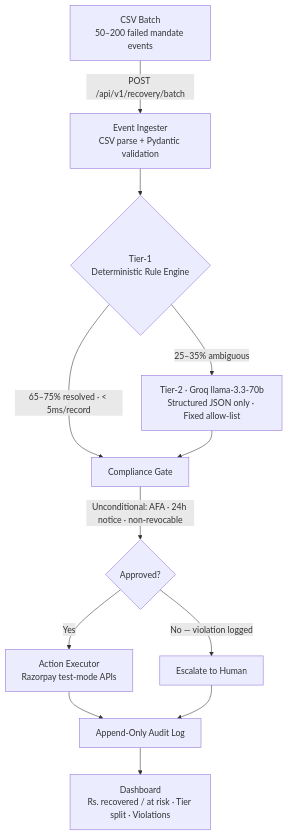
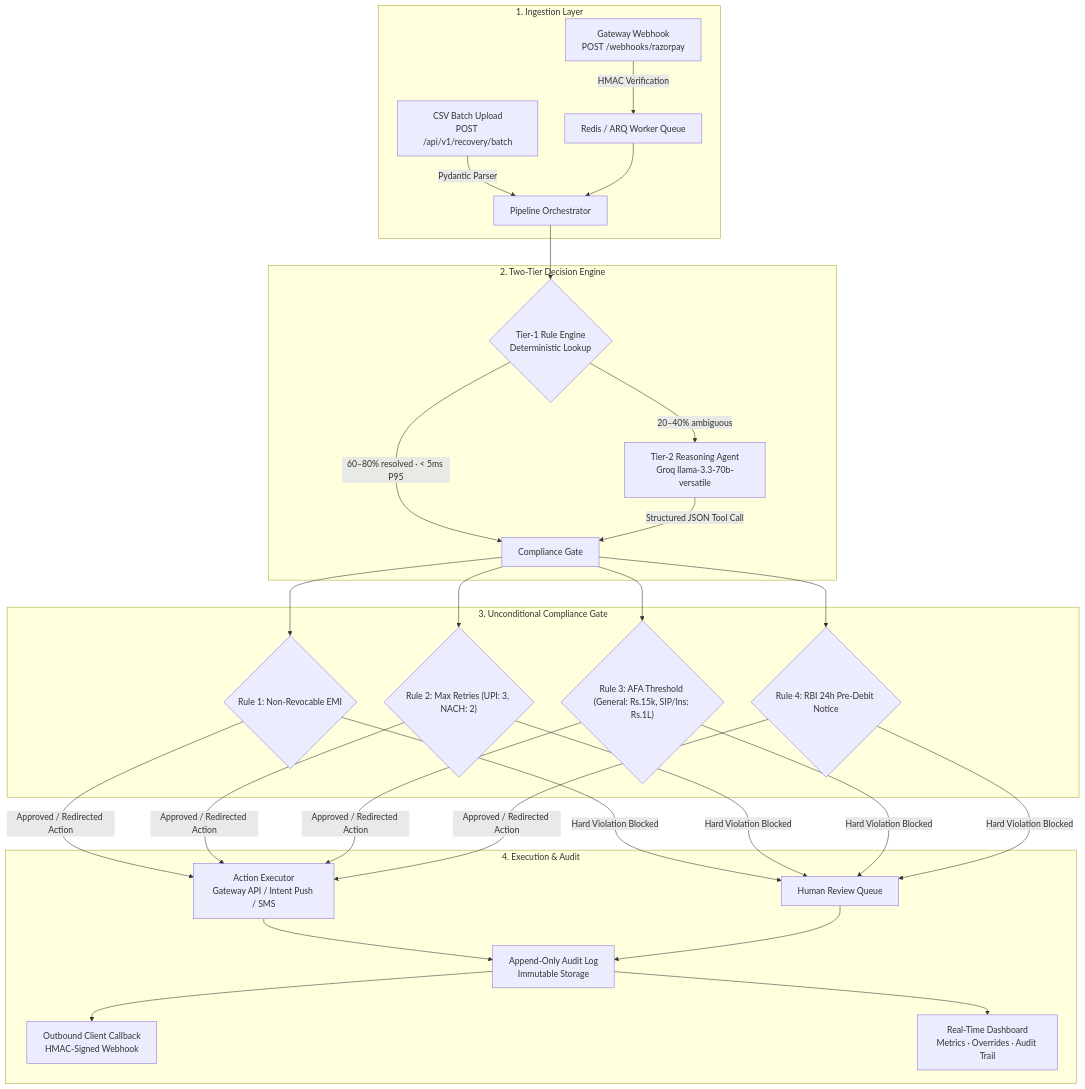
Before and after one commit to AdityaWagh19/Aegis: the first of 2 diagrams in README.md, drawn with Mermaid. The commit also changed other lines of this file, not shown here.

Commit message:
docs: update README with comprehensive Sidecar architecture, compliance gate, and API specifications

````diff
--- a/README.md
+++ b/README.md
@@ -13,14 +17,31 @@
 ```mermaid
 flowchart TD
-    A["CSV Batch\n50–200 failed mandate events"] -->|POST /api/v1/recovery/batch| B["Event Ingester\nCSV parse + Pydantic validation"]
-    B --> C{"Tier-1\nDeterministic Rule Engine"}
-    C -->|"65–75% resolved · < 5ms/record"| D["Compliance Gate"]
-    C -->|"25–35% ambiguous"| E["Tier-2 · Groq llama-3.3-70b\nStructured JSON only · Fixed allow-list"]
-    E --> D
-    D -->|"Unconditional: AFA · 24h notice · non-revocable"| F{"Approved?"}
-    F -->|Yes| G["Action Executor\nRazorpay test-mode APIs"]
-    F -->|"No — violation logged"| H["Escalate to Human"]
-    G --> I["Append-Only Audit Log"]
-    H --> I
-    I --> J["Dashboard\nRs. recovered / at risk · Tier split · Violations"]
+    subgraph INGESTION["1. Ingestion Layer"]
+        WH["Gateway Webhook\nPOST /webhooks/razorpay"] -->|HMAC Verification| ARQ["Redis / ARQ Worker Queue"]
+        CSV["CSV Batch Upload\nPOST /api/v1/recovery/batch"] -->|Pydantic Parser| ORCH["Pipeline Orchestrator"]
+        ARQ --> ORCH
+    end
+
+    subgraph REASONING["2. Two-Tier Decision Engine"]
+        ORCH --> T1{"Tier-1 Rule Engine\nDeterministic Lookup"}
+        T1 -->|"60–80% resolved · < 5ms P95"| GATE["Compliance Gate"]
+        T1 -->|"20–40% ambiguous"| T2["Tier-2 Reasoning Agent\nGroq llama-3.3-70b-versatile"]
+        T2 -->|"Structured JSON Tool Call"| GATE
+    end
+
+    subgraph COMPLIANCE["3. Unconditional Compliance Gate"]
+        GATE --> R1{"Rule 1: Non-Revocable EMI"}
+        GATE --> R2{"Rule 2: Max Retries (UPI: 3, NACH: 2)"}
+        GATE --> R3{"Rule 3: AFA Threshold (General: Rs.15k, SIP/Ins: Rs.1L)"}
+        GATE --> R4{"Rule 4: RBI 24h Pre-Debit Notice"}
+    end
+
+    subgraph EXECUTION["4. Execution & Audit"]
+        R1 & R2 & R3 & R4 -->|Approved / Redirected Action| EXEC["Action Executor\nGateway API / Intent Push / SMS"]
+        R1 & R2 & R3 & R4 -->|Hard Violation Blocked| ESC["Human Review Queue"]
+        EXEC --> AUDIT["Append-Only Audit Log\nImmutable Storage"]
+        ESC --> AUDIT
+        AUDIT --> CB["Outbound Client Callback\nHMAC-Signed Webhook"]
+        AUDIT --> DASH["Real-Time Dashboard\nMetrics · Overrides · Audit Trail"]
+    end
 ```
````
